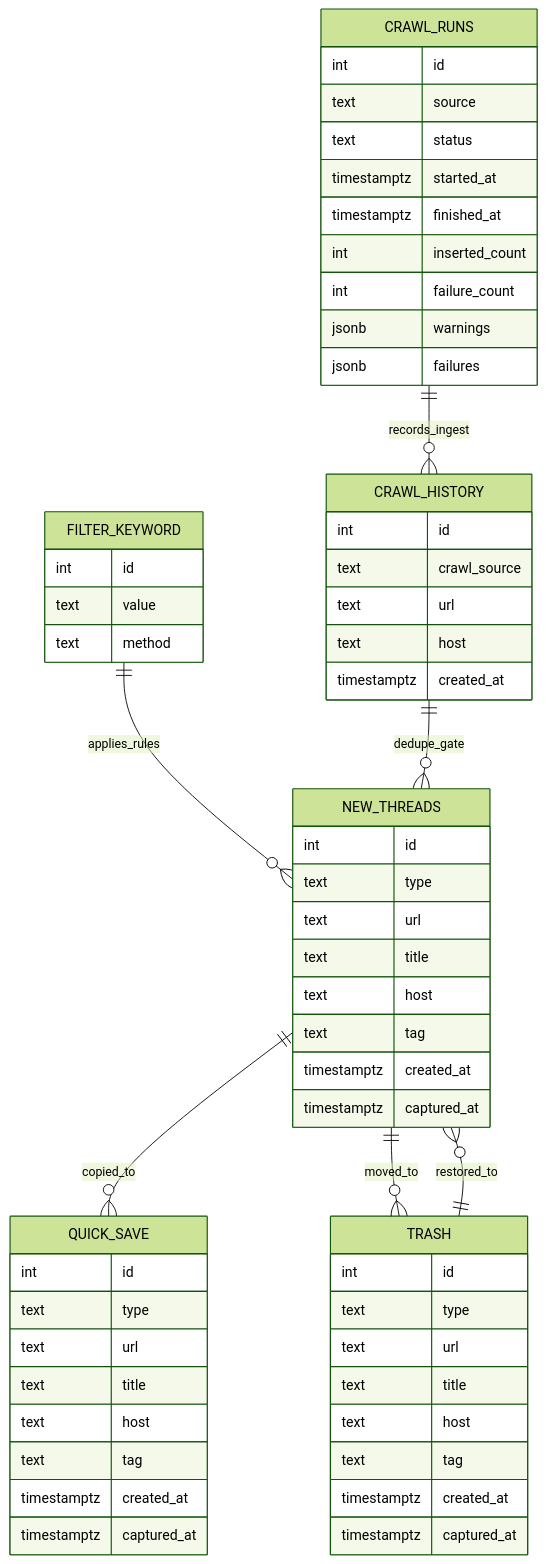
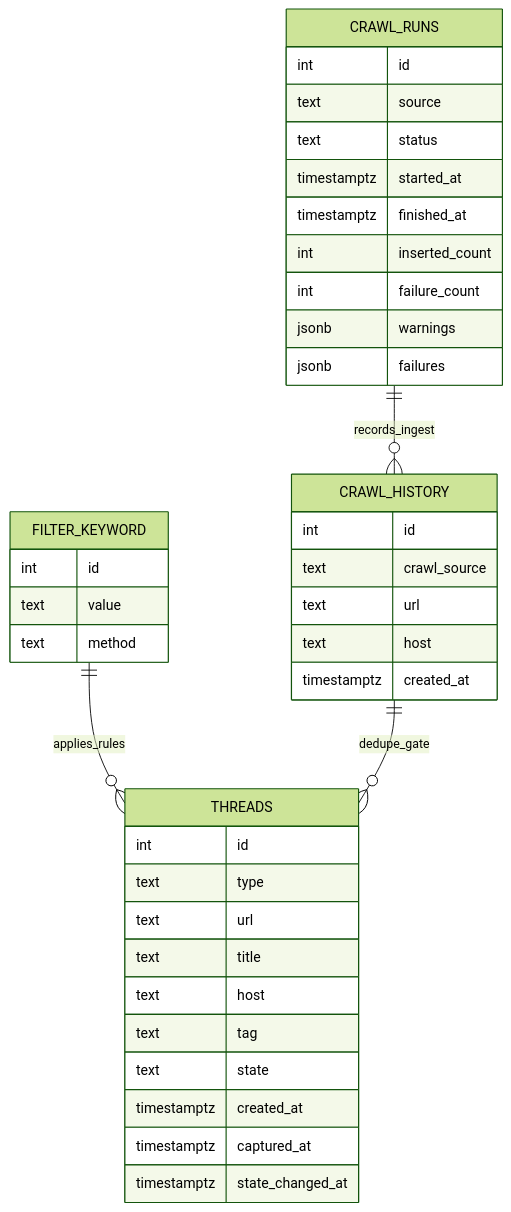
One commit to rlatmfrl24/applemint-v3 changed the diagram in README.md. Above: the diagram before and after it, drawn with Mermaid (forest theme). The commit also changed other lines of this file and 45 other files, not shown here.

````diff
--- a/README.md
+++ b/README.md
@@ -88,68 +89,45 @@
 ```mermaid
 erDiagram
     FILTER_KEYWORD {
       int id
       text value
       text method
     }
 
     CRAWL_HISTORY {
       int id
       text crawl_source
       text url
       text host
       timestamptz created_at
     }
 
     CRAWL_RUNS {
       int id
       text source
       text status
       timestamptz started_at
       timestamptz finished_at
       int inserted_count
       int failure_count
       jsonb warnings
       jsonb failures
     }
 
-    NEW_THREADS {
+    THREADS {
       int id
       text type
       text url
       text title
       text host
       text tag
+      text state
       timestamptz created_at
       timestamptz captured_at
+      timestamptz state_changed_at
     }
 
-    QUICK_SAVE {
-      int id
-      text type
-      text url
-      text title
-      text host
-      text tag
-      timestamptz created_at
-      timestamptz captured_at
-    }
-
-    TRASH {
-      int id
-      text type
-      text url
-      text title
-      text host
-      text tag
-      timestamptz created_at
-      timestamptz captured_at
-    }
-
-    FILTER_KEYWORD ||--o{ NEW_THREADS : applies_rules
-    CRAWL_HISTORY ||--o{ NEW_THREADS : dedupe_gate
+    FILTER_KEYWORD ||--o{ THREADS : applies_rules
+    CRAWL_HISTORY ||--o{ THREADS : dedupe_gate
     CRAWL_RUNS ||--o{ CRAWL_HISTORY : records_ingest
-    NEW_THREADS ||--o{ QUICK_SAVE : copied_to
-    NEW_THREADS ||--o{ TRASH : moved_to
-    TRASH ||--o{ NEW_THREADS : restored_to
 ```
````
